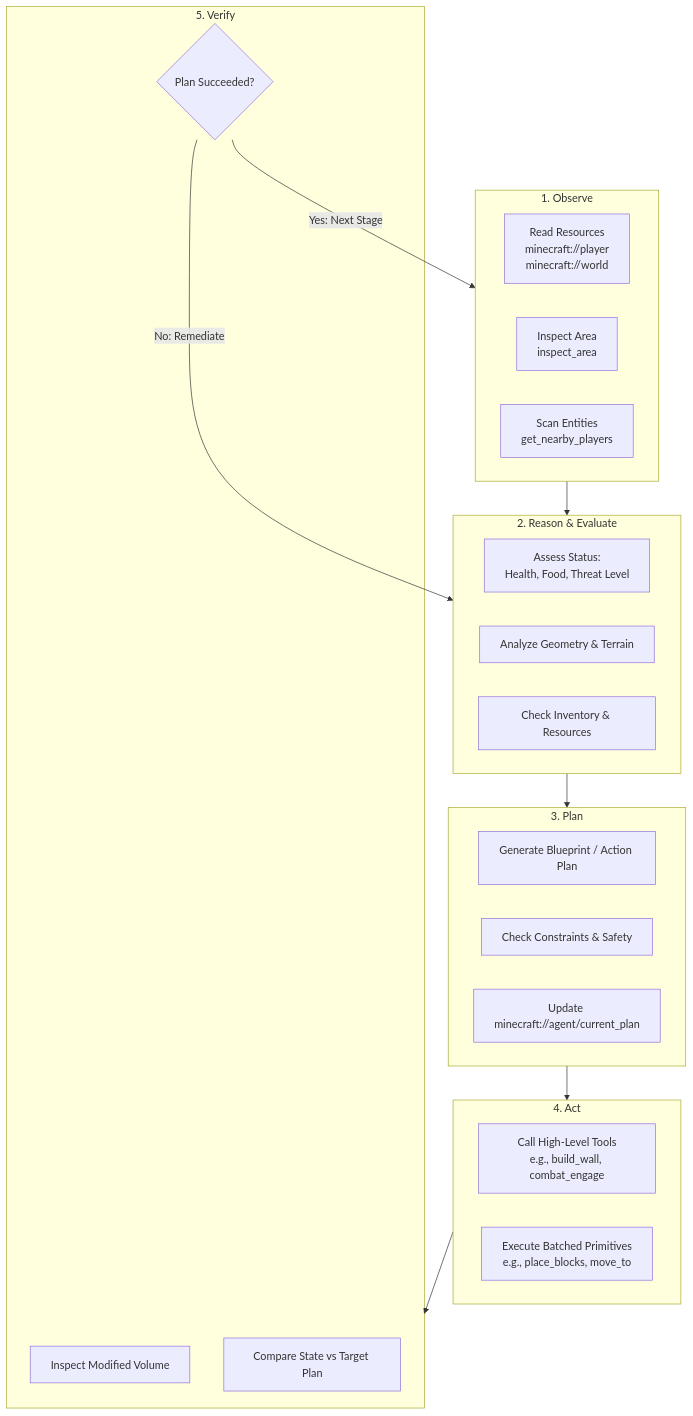
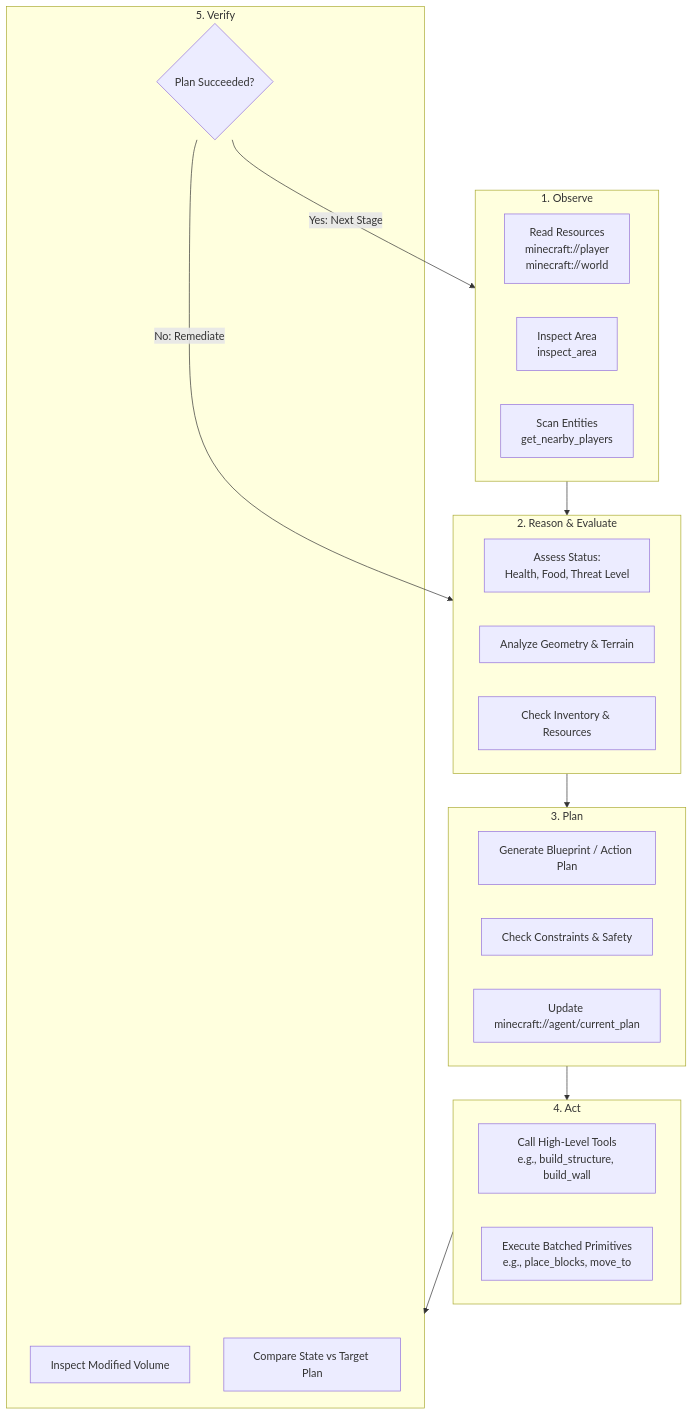
Before and after one commit to atomotos/Minecraft_mcp: the first of 2 diagrams in docs/agents.md, drawn with Mermaid. The commit also changed other lines of this file and 41 other files, not shown here.

Commit message:
feat: complete Phase 3 Spatial Intelligence, Architecture & Autonomous Construction

````diff
--- a/docs/agents.md
+++ b/docs/agents.md
@@ -11,38 +11,38 @@
 ```mermaid
 flowchart TD
     subgraph SENSE ["1. Observe"]
         O1[Read Resources\nminecraft://player\nminecraft://world]
         O2[Inspect Area\ninspect_area]
         O3[Scan Entities\nget_nearby_players]
     end
 
     subgraph THINK ["2. Reason & Evaluate"]
         R1[Assess Status:\nHealth, Food, Threat Level]
         R2[Analyze Geometry & Terrain]
         R3[Check Inventory & Resources]
     end
 
     subgraph STRATEGIZE ["3. Plan"]
         P1[Generate Blueprint / Action Plan]
         P2[Check Constraints & Safety]
         P3[Update minecraft://agent/current_plan]
     end
 
     subgraph EXECUTE ["4. Act"]
-        A1[Call High-Level Tools\ne.g., build_wall, combat_engage]
+        A1[Call High-Level Tools\ne.g., build_structure, build_wall]
         A2[Execute Batched Primitives\ne.g., place_blocks, move_to]
     end
 
     subgraph CHECK ["5. Verify"]
         V1[Inspect Modified Volume]
         V2[Compare State vs Target Plan]
         V3{Plan Succeeded?}
     end
 
     SENSE --> THINK
     THINK --> STRATEGIZE
     STRATEGIZE --> EXECUTE
     EXECUTE --> CHECK
     V3 -- "Yes: Next Stage" --> SENSE
     V3 -- "No: Remediate" --> THINK
 ```
````
